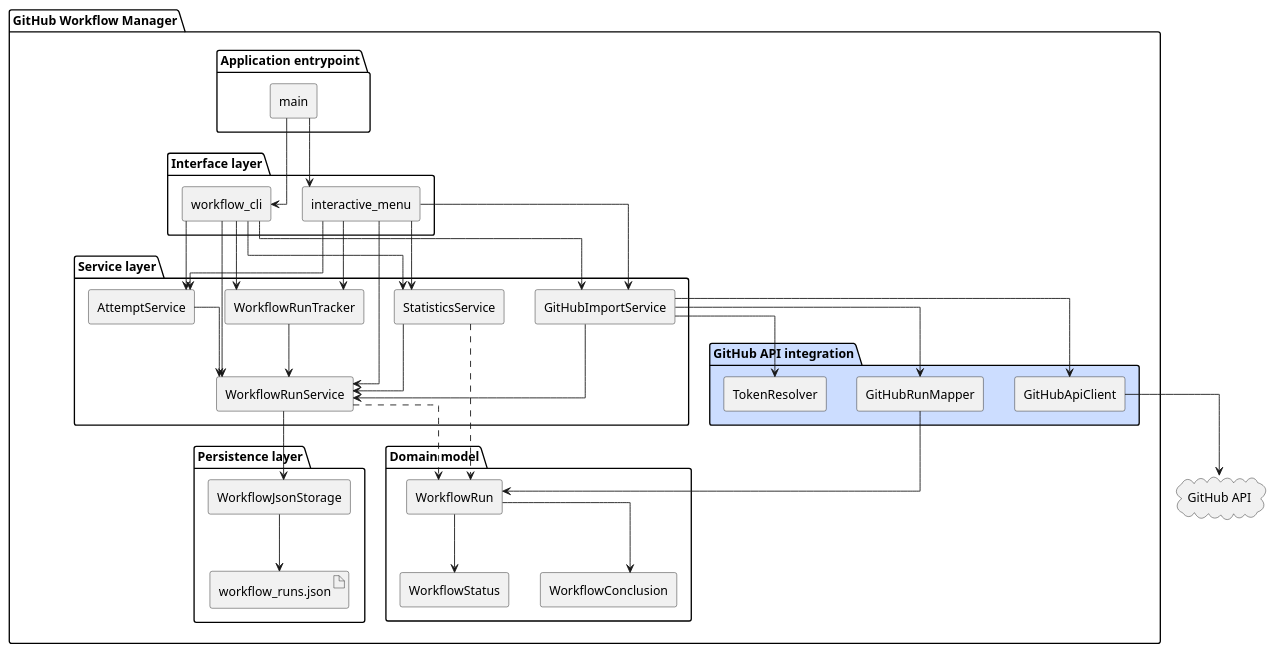
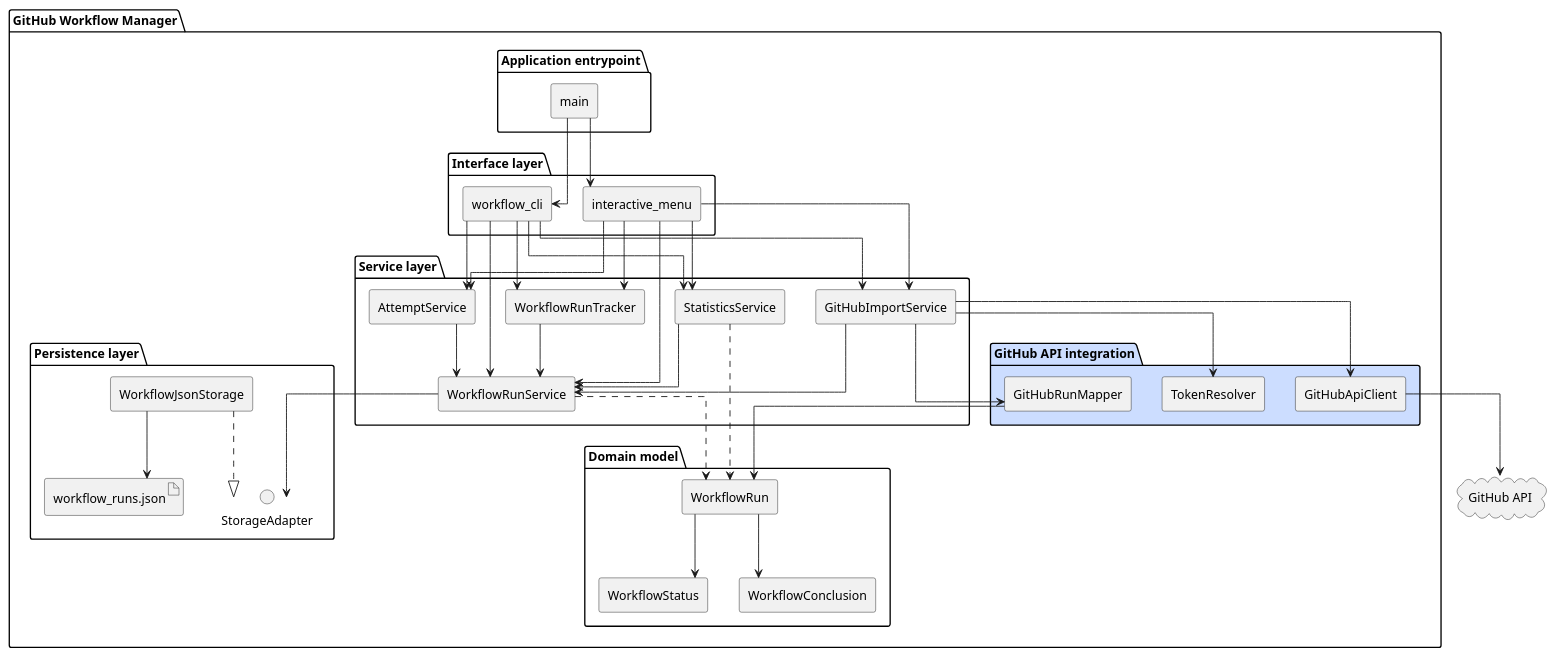
Before and after one commit to DanielRiha8906/Software_autoevolution_using_agents: the diagram in experiments/supervisor_as_tools/user_stories/github-workflow-manager/artifacts/component_diagram.puml, drawn with PlantUML. The commit also changed 5 other files, not shown here.

```diff
--- a/experiments/supervisor_as_tools/user_stories/github-workflow-manager/artifacts/component_diagram.puml
+++ b/experiments/supervisor_as_tools/user_stories/github-workflow-manager/artifacts/component_diagram.puml
@@ -1,83 +1,85 @@
 @startuml component_diagram
 
 skinparam componentStyle rectangle
 skinparam linetype ortho
 top to bottom direction
 
 package "GitHub Workflow Manager" {
 
   package "Application entrypoint" {
     component "main" as MAIN
   }
 
   package "Interface layer" {
     component "workflow_cli" as CLI
     component "interactive_menu" as IM
   }
 
   package "Service layer" {
     component "WorkflowRunTracker" as TRACKER
     component "WorkflowRunService" as SVC
     component "AttemptService" as ATTEMPT
     component "StatisticsService" as STATS
     component "GitHubImportService" as IMPORT
   }
 
   package "GitHub API integration" #CCDDFF {
     component "GitHubApiClient" as GITHUB_CLIENT
     component "TokenResolver" as TOKEN_RESOLVER
     component "GitHubRunMapper" as MAPPER
   }
 
   package "Persistence layer" {
+    interface "StorageAdapter" as ADAPTER
     component "WorkflowJsonStorage" as STOR
     artifact "workflow_runs.json" as JSON_FILE
   }
 
   package "Domain model" {
     component "WorkflowRun" as RUN
     component "WorkflowStatus" as STATUS
     component "WorkflowConclusion" as CONCLUSION
   }
 }
 
 cloud "GitHub API" as GITHUB_API
 
 MAIN --> CLI
 MAIN --> IM
 
 CLI --> TRACKER
 IM --> TRACKER
 
 CLI --> SVC
 IM --> SVC
 
 CLI --> ATTEMPT
 IM --> ATTEMPT
 
 CLI --> STATS
 IM --> STATS
 
 CLI --> IMPORT
 IM --> IMPORT
 
 TRACKER --> SVC
 ATTEMPT --> SVC
 IMPORT --> SVC
 STATS --> SVC
-SVC --> STOR
+SVC --> ADAPTER
+STOR ..|> ADAPTER
 STOR --> JSON_FILE
 
 IMPORT --> GITHUB_CLIENT
 IMPORT --> TOKEN_RESOLVER
 IMPORT --> MAPPER
 
 GITHUB_CLIENT --> GITHUB_API
 MAPPER --> RUN
 
 SVC ..> RUN
 RUN --> STATUS
 RUN --> CONCLUSION
 STATS ..> RUN
 
 @enduml
```
